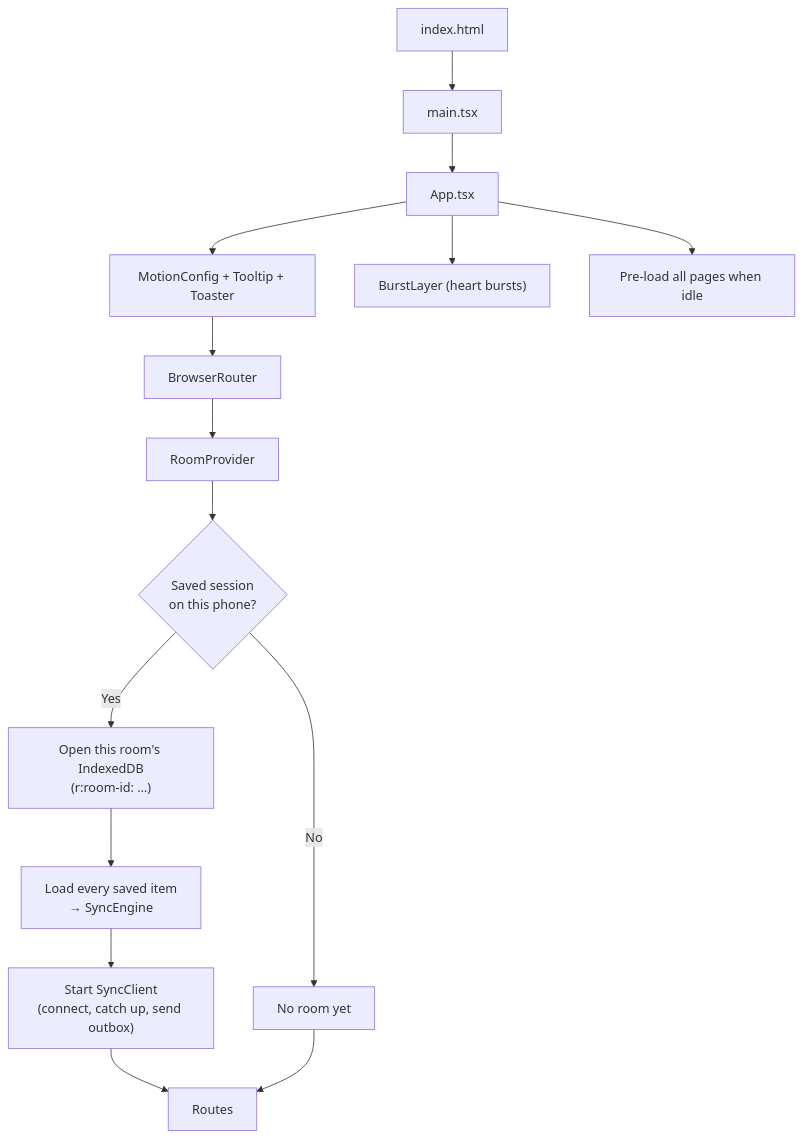
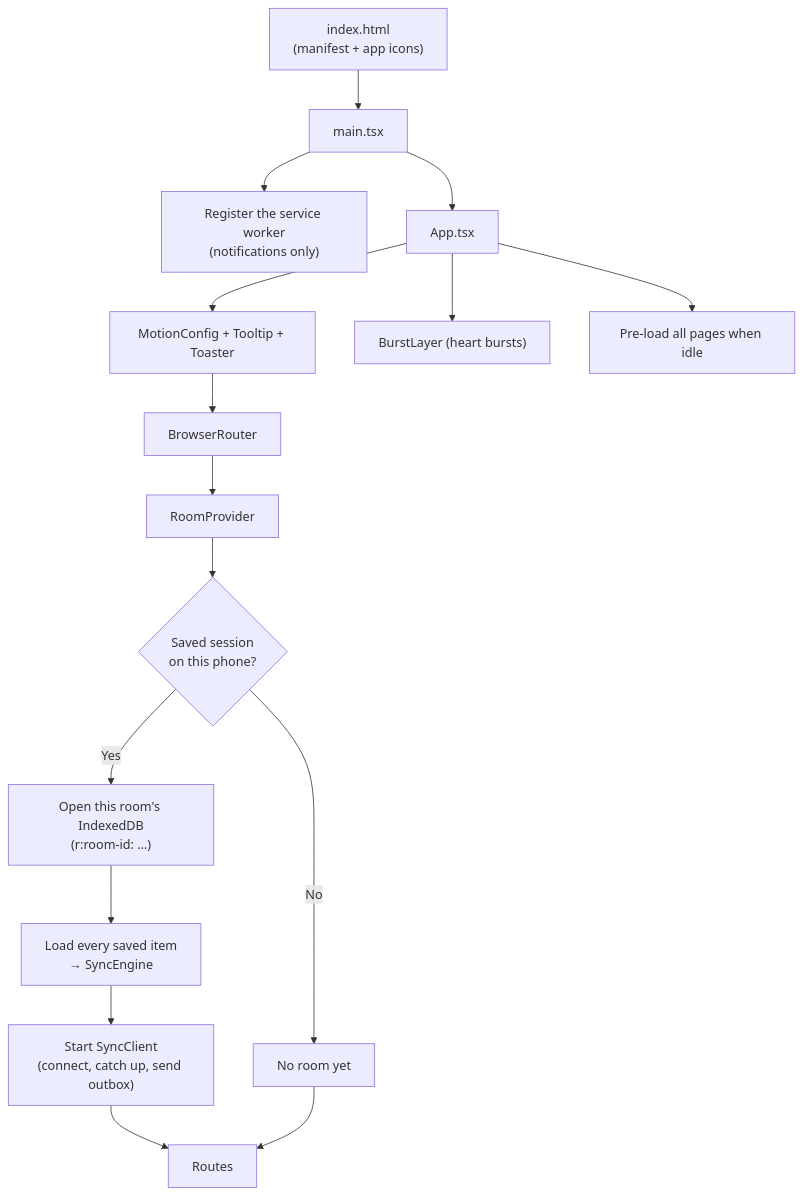
One commit to silent-coder-dev/private-space changed the eighth of 30 diagrams in front-end/doc/04-flowcharts.md. Above: the diagram before and after it, drawn with Mermaid. The commit also changed other lines of this file and 78 other files, not shown here.

````diff
--- a/front-end/doc/04-flowcharts.md
+++ b/front-end/doc/04-flowcharts.md
@@ -173,17 +183,18 @@
 ```mermaid
 flowchart TD
-    A["index.html"] --> B["main.tsx"]
+    A["index.html<br/>(manifest + app icons)"] --> B["main.tsx"]
+    B --> SW["Register the service worker<br/>(notifications only)"]
     B --> C["App.tsx"]
     C --> D["MotionConfig + Tooltip + Toaster"]
     D --> E["BrowserRouter"]
     E --> F["RoomProvider"]
     F --> G{"Saved session<br/>on this phone?"}
     G -->|"Yes"| H["Open this room's IndexedDB<br/>(r:room-id: …)"]
     H --> H2["Load every saved item<br/>→ SyncEngine"]
     H2 --> H3["Start SyncClient<br/>(connect, catch up, send outbox)"]
     G -->|"No"| I["No room yet"]
     H3 --> J["Routes"]
     I --> J
     C --> K["BurstLayer (heart bursts)"]
     C --> L["Pre-load all pages when idle"]
 ```
````
